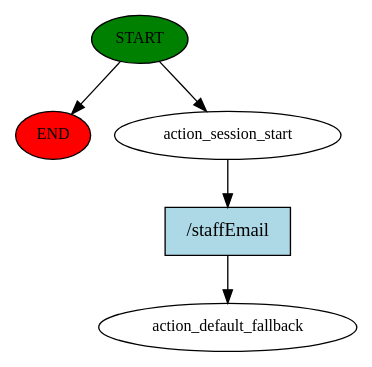
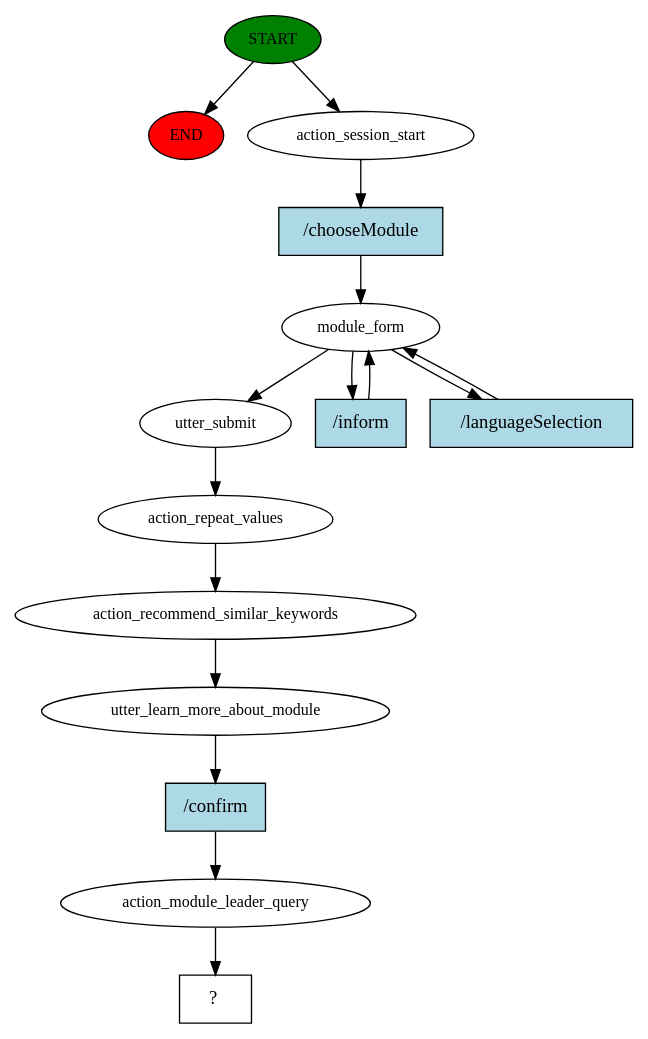
One commit to lewisstevenmackenzie/Dissertation1 changed the diagram in story_graph.dot. Above: the diagram before and after it, drawn with Graphviz. The commit also changed 769 other files, not shown here.

```diff
--- a/story_graph.dot
+++ b/story_graph.dot
@@ -1,11 +1,31 @@
 digraph  {
 0 [class="start active", fillcolor=green, fontsize=12, label=START, style=filled];
 "-1" [class=end, fillcolor=red, fontsize=12, label=END, style=filled];
 1 [class=active, fontsize=12, label=action_session_start];
-2 [class="dashed active", fontsize=12, label=action_default_fallback];
-3 [class="intent active", fillcolor=lightblue, label="/staffEmail", shape=rect, style=filled];
+2 [class=active, fontsize=12, label=module_form];
+6 [class=active, fontsize=12, label=utter_submit];
+7 [class=active, fontsize=12, label=action_repeat_values];
+8 [class=active, fontsize=12, label=action_recommend_similar_keywords];
+9 [class=active, fontsize=12, label=utter_learn_more_about_module];
+10 [class=active, fontsize=12, label=action_module_leader_query];
+11 [class="intent dashed active", label="  ?  ", shape=rect];
+12 [class="intent active", fillcolor=lightblue, label="/chooseModule", shape=rect, style=filled];
+13 [class="intent active", fillcolor=lightblue, label="/inform", shape=rect, style=filled];
+14 [class="intent active", fillcolor=lightblue, label="/languageSelection", shape=rect, style=filled];
+15 [class="intent active", fillcolor=lightblue, label="/confirm", shape=rect, style=filled];
 0 -> "-1"  [class="", key=NONE, label=""];
 0 -> 1  [class=active, key=NONE, label=""];
-1 -> 3  [class=active, key=0];
-3 -> 2  [class=active, key=0];
+1 -> 12  [class=active, key=0];
+2 -> 6  [class=active, key=NONE, label=""];
+2 -> 13  [class=active, key=0];
+2 -> 14  [class=active, key=0];
+6 -> 7  [class=active, key=NONE, label=""];
+7 -> 8  [class=active, key=NONE, label=""];
+8 -> 9  [class=active, key=NONE, label=""];
+9 -> 15  [class=active, key=0];
+10 -> 11  [class=active, key=NONE, label=""];
+12 -> 2  [class=active, key=0];
+13 -> 2  [class=active, key=0];
+14 -> 2  [class=active, key=0];
+15 -> 10  [class=active, key=0];
 }
```
